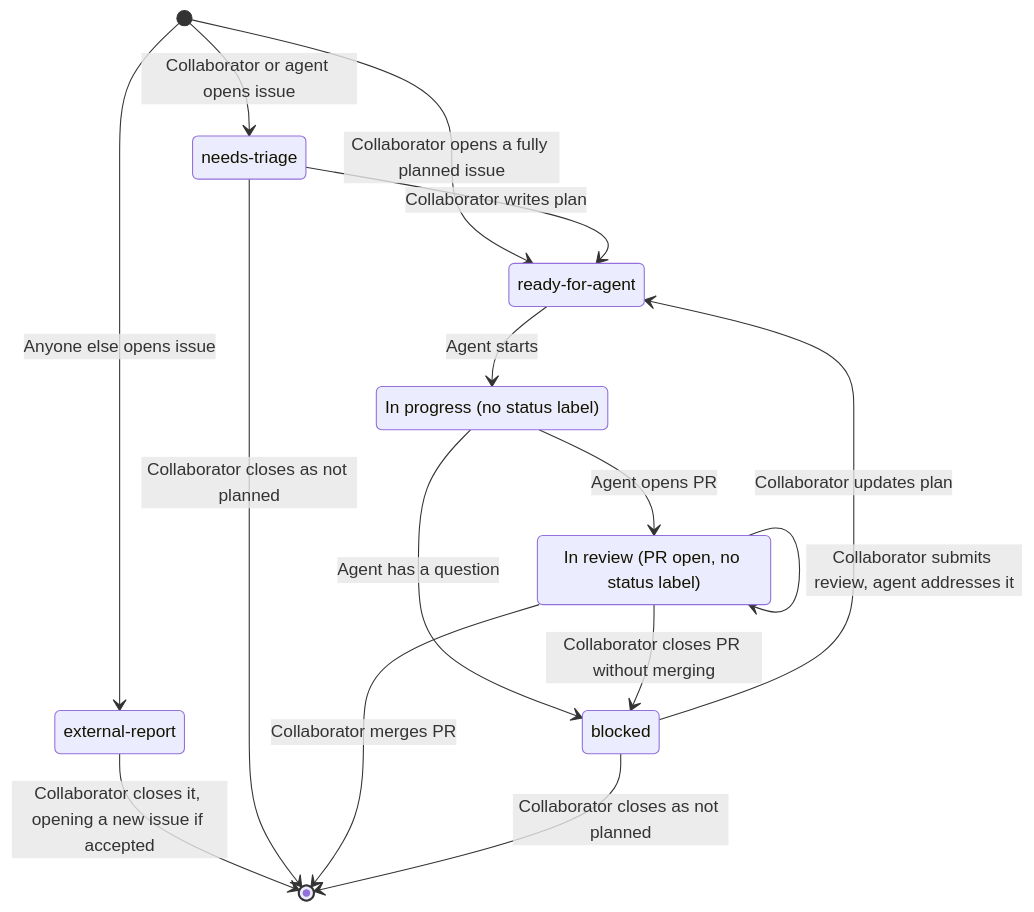
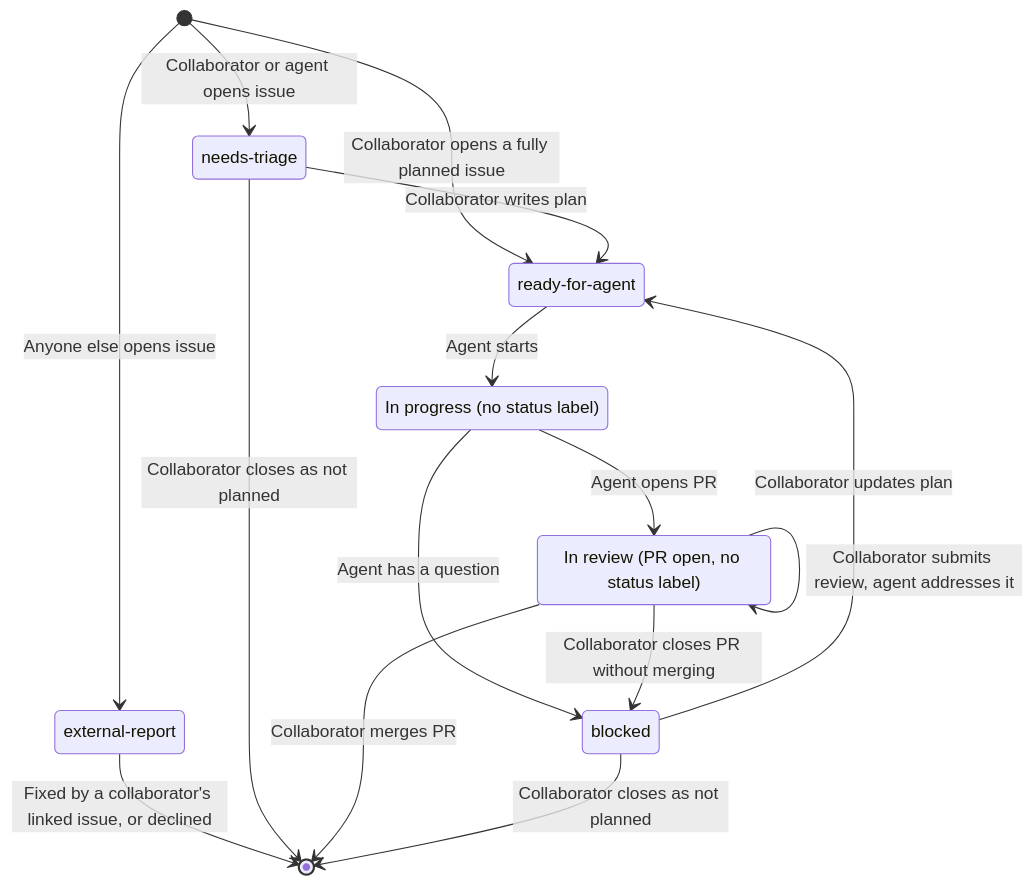
Before and after one commit to okorz001/flashcards: the diagram in docs/agent-workflow.md, drawn with Mermaid. The commit also changed other lines of this file, not shown here.

Commit message:
Keep external reports open until fixed

````diff
--- a/docs/agent-workflow.md
+++ b/docs/agent-workflow.md
@@ -51,24 +53,24 @@
 ```mermaid
 stateDiagram-v2
     [*] --> NeedsTriage: Collaborator or agent opens issue
     [*] --> ExternalReport: Anyone else opens issue
-    ExternalReport --> [*]: Collaborator closes it, opening a new issue if accepted
+    ExternalReport --> [*]: Fixed by a collaborator's linked issue, or declined
     [*] --> ReadyForAgent: Collaborator opens a fully planned issue
     NeedsTriage --> ReadyForAgent: Collaborator writes plan
     NeedsTriage --> [*]: Collaborator closes as not planned
     ReadyForAgent --> InProgress: Agent starts
     InProgress --> Blocked: Agent has a question
     InProgress --> InReview: Agent opens PR
     InReview --> InReview: Collaborator submits review, agent addresses it
     InReview --> Blocked: Collaborator closes PR without merging
     InReview --> [*]: Collaborator merges PR
     Blocked --> ReadyForAgent: Collaborator updates plan
     Blocked --> [*]: Collaborator closes as not planned
 
     NeedsTriage: needs-triage
     ExternalReport: external-report
     ReadyForAgent: ready-for-agent
     InProgress: In progress (no status label)
     Blocked: blocked
     InReview: In review (PR open, no status label)
 ```
````
